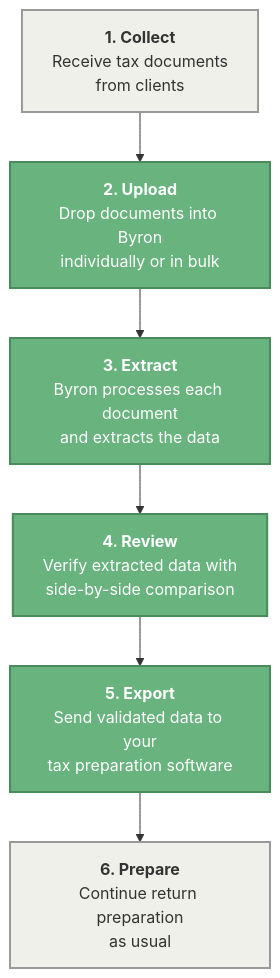
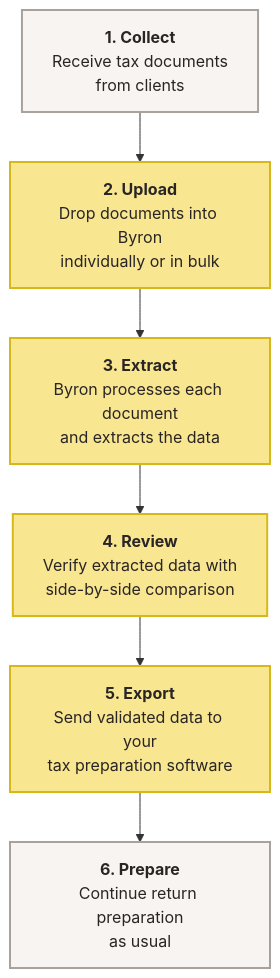
Before and after one commit to Rialto-Financial/docs: the diagram in getting-started/welcome-page.mdx, drawn with Mermaid.

Commit message:
Update workflow diagram to butter accent (Byron DS refresh)

````diff
--- a/getting-started/welcome-page.mdx
+++ b/getting-started/welcome-page.mdx
@@ -66,14 +66,14 @@
 ```mermaid
 flowchart TD
     A["<b>1. Collect</b><br/>Receive tax documents<br/>from clients"]:::user
     B["<b>2. Upload</b><br/>Drop documents into Byron<br/>individually or in bulk"]:::byron
     C["<b>3. Extract</b><br/>Byron processes each document<br/>and extracts the data"]:::byron
     D["<b>4. Review</b><br/>Verify extracted data with<br/>side-by-side comparison"]:::byron
     E["<b>5. Export</b><br/>Send validated data to your<br/>tax preparation software"]:::byron
     F["<b>6. Prepare</b><br/>Continue return preparation<br/>as usual"]:::user
 
     A --> B --> C --> D --> E --> F
 
-    classDef byron fill:#68b37e,stroke:#4a8a5c,stroke-width:2px,color:#fff
-    classDef user fill:#f0f0ea,stroke:#999,stroke-width:2px,color:#333
+    classDef byron fill:#F8E690,stroke:#D6B918,stroke-width:2px,color:#292524
+    classDef user fill:#F7F4F1,stroke:#A8A29E,stroke-width:2px,color:#292524
 ```
````
